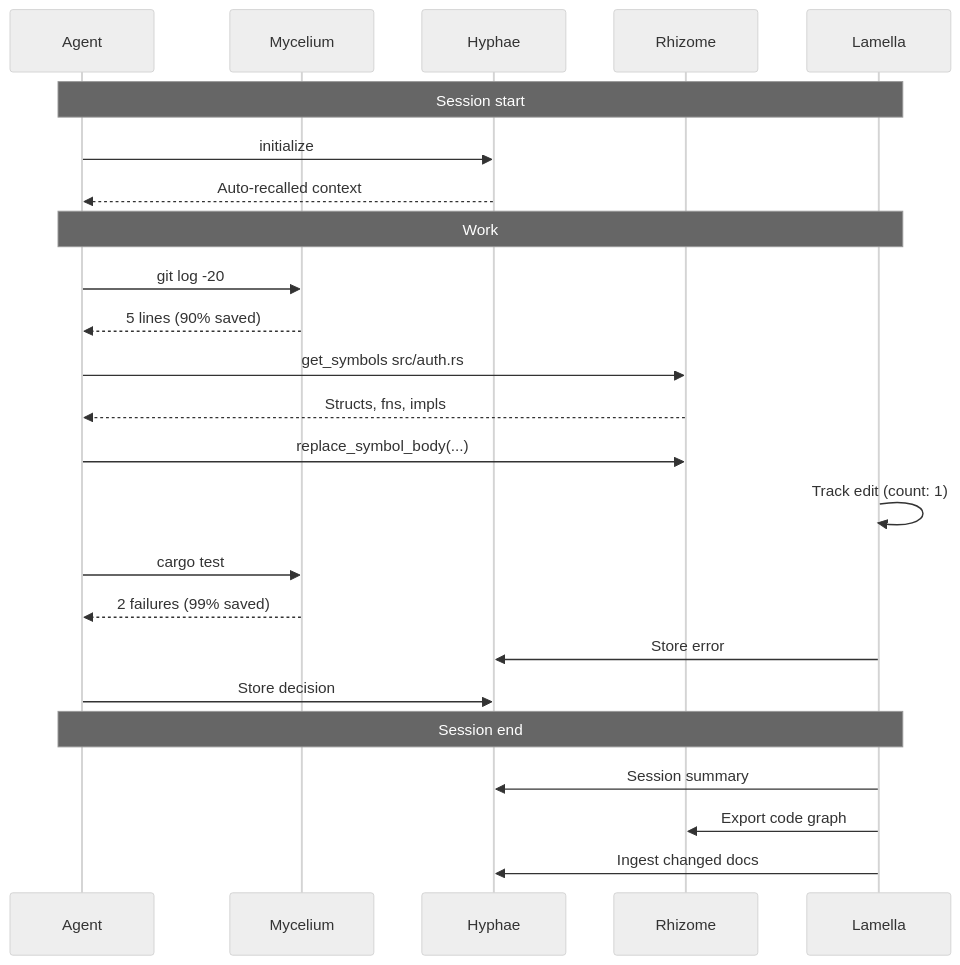
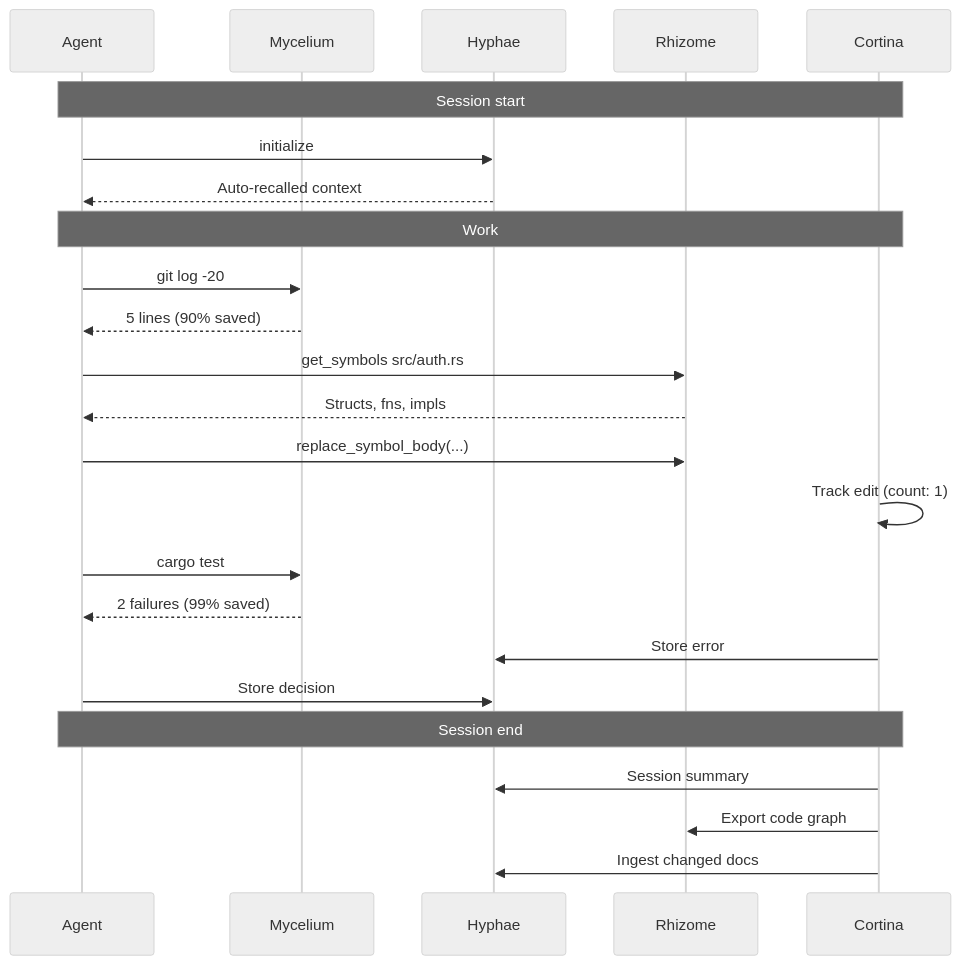
The eighth of 8 diagrams in docs/INTEGRATION.md (basidiocarp/.github), drawn with Mermaid (neutral theme) before and after one commit. The commit also changed other lines of this file and 1 other file, not shown here.

First line of the commit message:
docs: add stipe and cortina, update architecture diagrams

````diff
--- a/docs/INTEGRATION.md
+++ b/docs/INTEGRATION.md
@@ -135,29 +145,29 @@
 ```mermaid
 sequenceDiagram
     participant A as Agent
     participant M as Mycelium
     participant H as Hyphae
     participant R as Rhizome
-    participant L as Lamella
+    participant C as Cortina
 
-    Note over A,L: Session start
+    Note over A,C: Session start
     A->>H: initialize
     H-->>A: Auto-recalled context
 
-    Note over A,L: Work
+    Note over A,C: Work
     A->>M: git log -20
     M-->>A: 5 lines (90% saved)
     A->>R: get_symbols src/auth.rs
     R-->>A: Structs, fns, impls
     A->>R: replace_symbol_body(...)
-    L->>L: Track edit (count: 1)
+    C->>C: Track edit (count: 1)
     A->>M: cargo test
     M-->>A: 2 failures (99% saved)
-    L->>H: Store error
+    C->>H: Store error
     A->>H: Store decision
 
-    Note over A,L: Session end
-    L->>H: Session summary
-    L->>R: Export code graph
-    L->>H: Ingest changed docs
+    Note over A,C: Session end
+    C->>H: Session summary
+    C->>R: Export code graph
+    C->>H: Ingest changed docs
 ```
````
